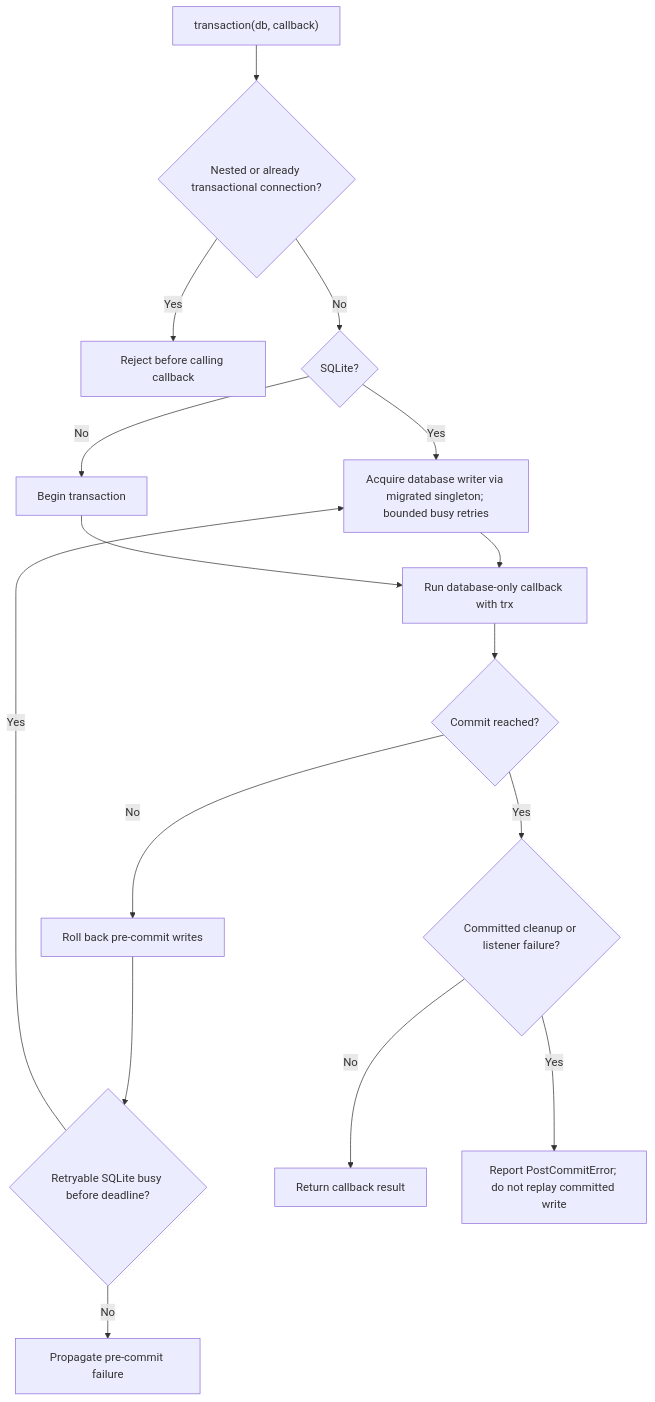
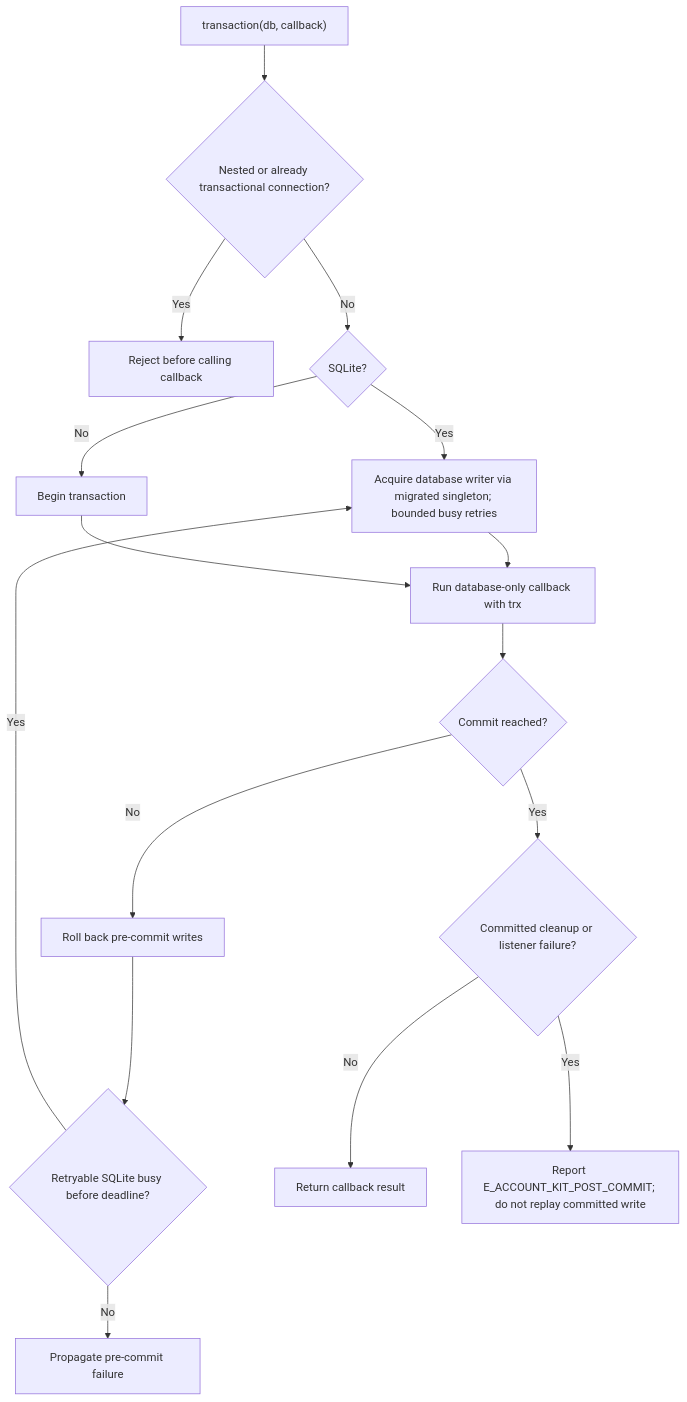
The second of 2 diagrams in user-stories/US-ACCOUNT-63-share-transaction-helpers.md (Kevinjohn/oss-adonisjs-account-kit), drawn with Mermaid before and after one commit. The commit also changed 362 other files, not shown here.

````diff
--- a/user-stories/US-ACCOUNT-63-share-transaction-helpers.md
+++ b/user-stories/US-ACCOUNT-63-share-transaction-helpers.md
@@ -33,18 +33,18 @@
 ```mermaid
 flowchart TD
     A["transaction(db, callback)"] --> N{"Nested or already transactional connection?"}
     N -->|Yes| X["Reject before calling callback"]
     N -->|No| S{"SQLite?"}
     S -->|Yes| L["Acquire database writer via migrated singleton; bounded busy retries"]
     S -->|No| T["Begin transaction"]
     L --> R["Run database-only callback with trx"]
     T --> R
     R --> B{"Commit reached?"}
     B -->|No| D["Roll back pre-commit writes"]
     D --> K{"Retryable SQLite busy before deadline?"}
     K -->|Yes| L
     K -->|No| U["Propagate pre-commit failure"]
     B -->|Yes| F{"Committed cleanup or listener failure?"}
     F -->|No| C["Return callback result"]
-    F -->|Yes| E["Report PostCommitError; do not replay committed write"]
+    F -->|Yes| E["Report E_ACCOUNT_KIT_POST_COMMIT; do not replay committed write"]
 ```
````
